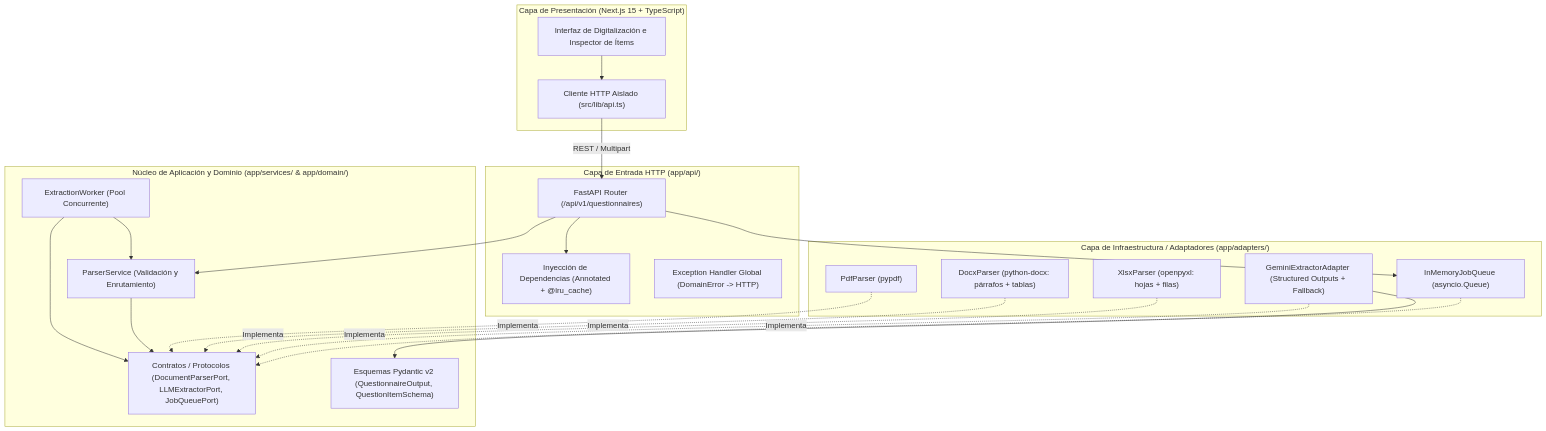
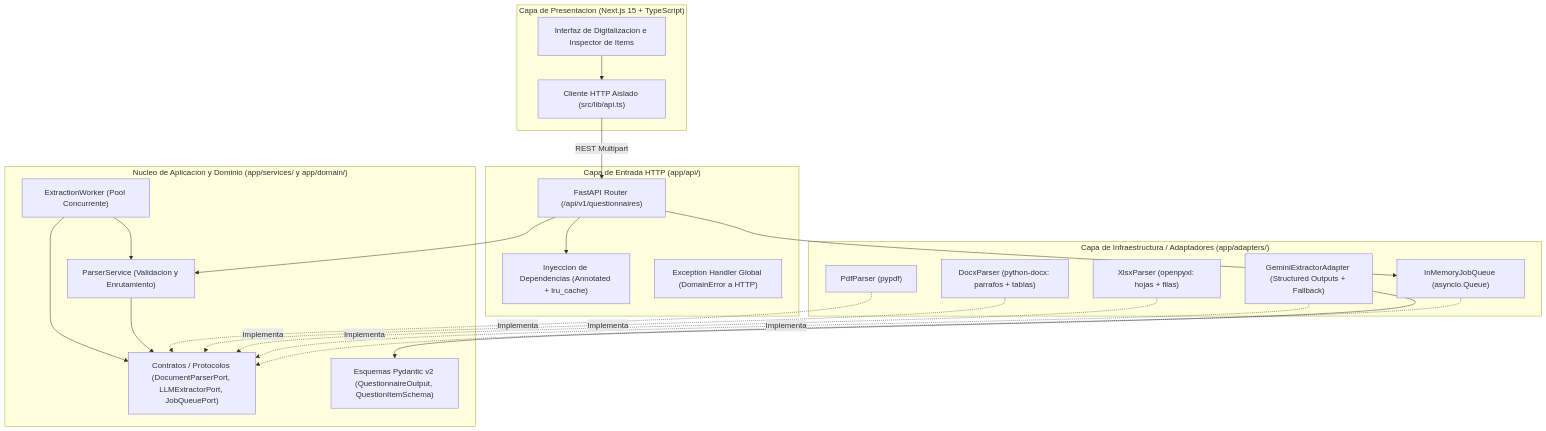
The first of 3 diagrams in README.md (MateoPissarello/questionnaires_to_json), drawn with Mermaid before and after one commit. The commit also changed other lines of this file, not shown here.

````diff
--- a/README.md
+++ b/README.md
@@ -29,43 +29,43 @@
 ```mermaid
 flowchart TB
-    subgraph Client ["Capa de Presentación (Next.js 15 + TypeScript)"]
-        UI["Interfaz de Digitalización e Inspector de Ítems"]
+    subgraph Client ["Capa de Presentacion (Next.js 15 + TypeScript)"]
+        UI["Interfaz de Digitalizacion e Inspector de Items"]
         APIClient["Cliente HTTP Aislado (src/lib/api.ts)"]
         UI --> APIClient
     end
 
     subgraph API ["Capa de Entrada HTTP (app/api/)"]
         Routes["FastAPI Router (/api/v1/questionnaires)"]
-        Deps["Inyección de Dependencias (Annotated + @lru_cache)"]
-        ErrHandler["Exception Handler Global (DomainError -> HTTP)"]
+        Deps["Inyeccion de Dependencias (Annotated + lru_cache)"]
+        ErrHandler["Exception Handler Global (DomainError a HTTP)"]
     end
 
-    subgraph Core ["Núcleo de Aplicación y Dominio (app/services/ & app/domain/)"]
+    subgraph Core ["Nucleo de Aplicacion y Dominio (app/services/ y app/domain/)"]
         Worker["ExtractionWorker (Pool Concurrente)"]
-        ParserSvc["ParserService (Validación y Enrutamiento)"]
+        ParserSvc["ParserService (Validacion y Enrutamiento)"]
         Ports["Contratos / Protocolos (DocumentParserPort, LLMExtractorPort, JobQueuePort)"]
         Schemas["Esquemas Pydantic v2 (QuestionnaireOutput, QuestionItemSchema)"]
     end
 
     subgraph Adapters ["Capa de Infraestructura / Adaptadores (app/adapters/)"]
         PDF["PdfParser (pypdf)"]
-        DOCX["DocxParser (python-docx: párrafos + tablas)"]
+        DOCX["DocxParser (python-docx: parrafos + tablas)"]
         XLSX["XlsxParser (openpyxl: hojas + filas)"]
         Gemini["GeminiExtractorAdapter (Structured Outputs + Fallback)"]
         MemQueue["InMemoryJobQueue (asyncio.Queue)"]
     end
 
-    APIClient -->|REST / Multipart| Routes
+    APIClient -->|REST Multipart| Routes
     Routes --> Deps
     Routes --> ParserSvc
     Routes --> MemQueue
     Worker --> ParserSvc
     Worker --> Ports
     ParserSvc --> Ports
-    PDF -. "Implementa" .-> Ports
-    DOCX -. "Implementa" .-> Ports
-    XLSX -. "Implementa" .-> Ports
-    Gemini -. "Implementa" .-> Ports
-    MemQueue -. "Implementa" .-> Ports
+    PDF -.->|Implementa| Ports
+    DOCX -.->|Implementa| Ports
+    XLSX -.->|Implementa| Ports
+    Gemini -.->|Implementa| Ports
+    MemQueue -.->|Implementa| Ports
     Gemini --> Schemas
 ```
````
